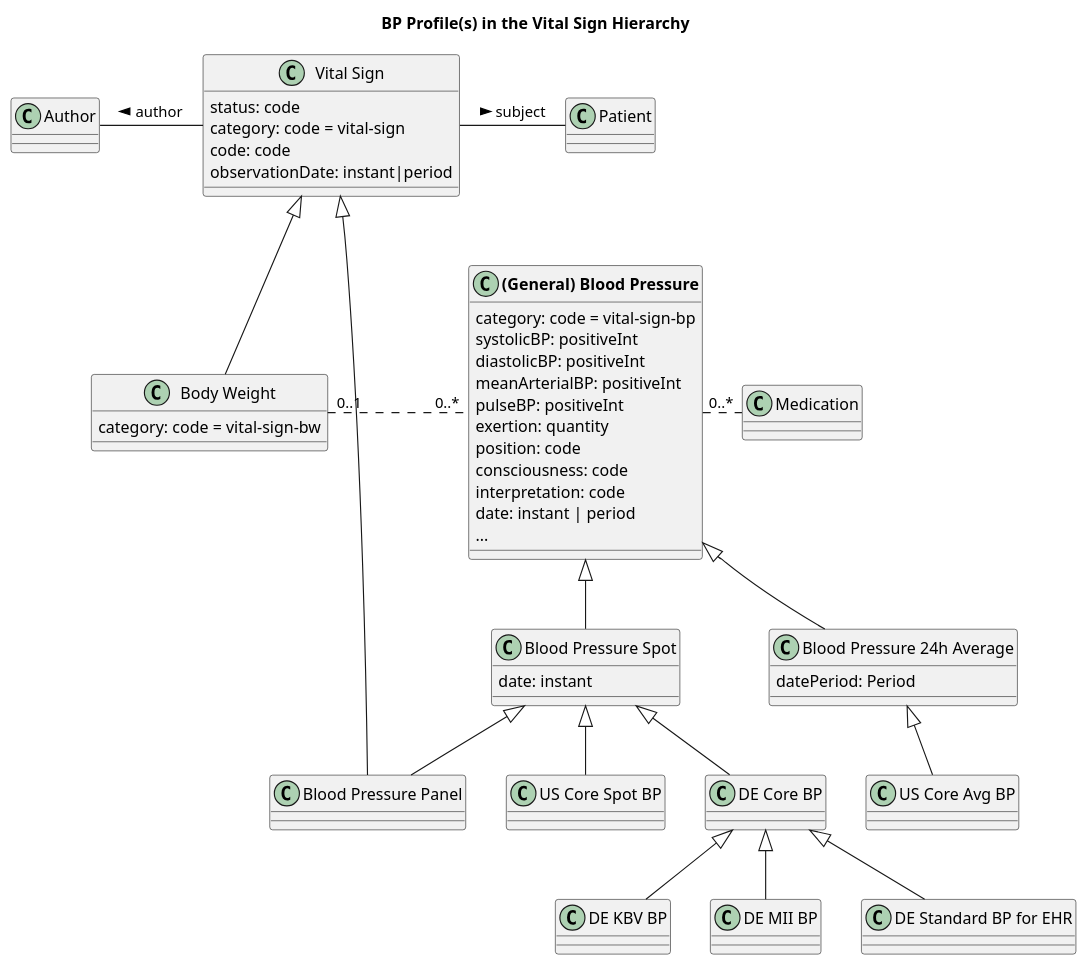
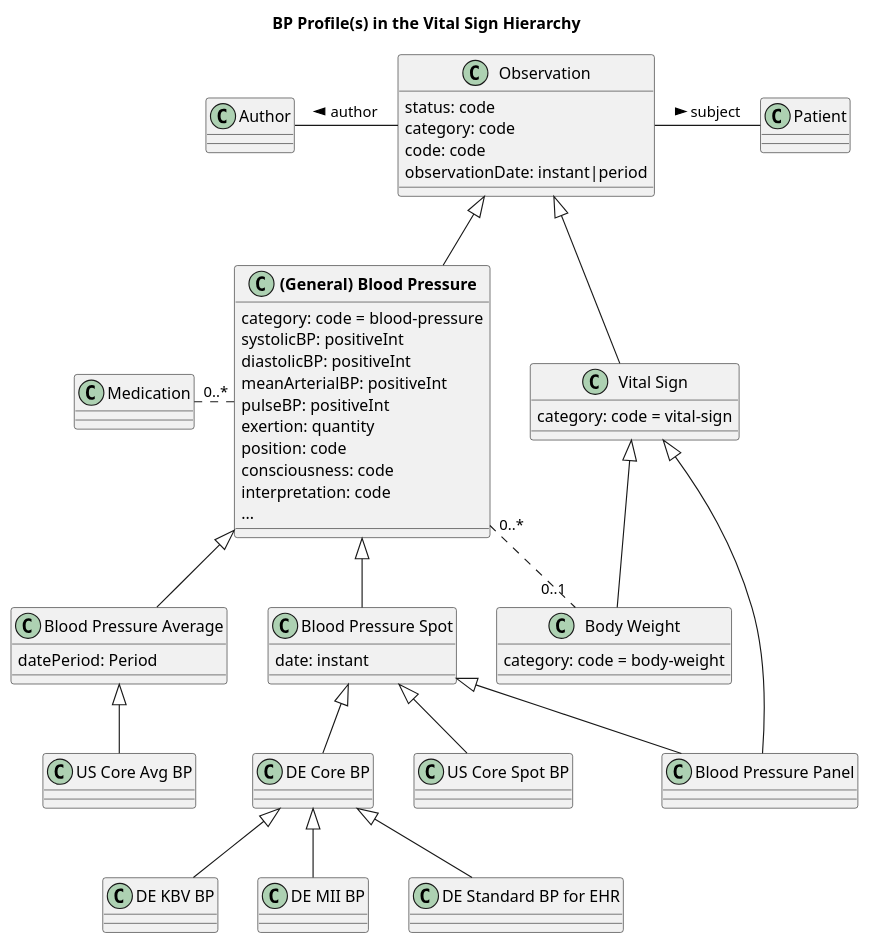
Before and after one commit to frankoemig/vital-signs-demo: the diagram in input/images-source/bloodpressure_hierarchy.plantuml, drawn with PlantUML. The commit also changed 2 other files, not shown here.

Commit message:
0.5.0 clarifying use of category
clarify the evaluation of using categories
adjustments to bp profile hierarchy

```diff
--- a/input/images-source/bloodpressure_hierarchy.plantuml
+++ b/input/images-source/bloodpressure_hierarchy.plantuml
@@ -1,77 +1,84 @@
 @startuml
 
 title BP Profile(s) in the Vital Sign Hierarchy
 
-class "Vital Sign" as vs {
+class "Observation" as obs {
     status: code
-    category: code = vital-sign
+    category: code
     code: code
     observationDate: instant|period
 }
 
+class "Vital Sign" as vs {
+    category: code = vital-sign
+}
+
 class "**(General) Blood Pressure**" as bp {
-    category: code = vital-sign-bp
+    category: code = blood-pressure
     systolicBP: positiveInt
     diastolicBP: positiveInt
     meanArterialBP: positiveInt
     pulseBP: positiveInt
     exertion: quantity
     position: code
     consciousness: code
     interpretation: code
-    date: instant | period
     ...
 }
 
+obs <|-- vs
+obs <|-- bp 
+
+
 class "Body Weight" as bw {
-    category: code = vital-sign-bw
+    category: code = body-weight
 }
 
 class "Medication" as medic 
 
 class "Blood Pressure Spot" as bps {
     date: instant
 }
 
 class "Blood Pressure Panel" as bpp {
 
 }
 
-class "Blood Pressure 24h Average" as bpa {
+class "Blood Pressure Average" as bpa {
     datePeriod: Period
 }
 
 class "Patient" as pat
 class "Author" as aut
 
 class "US Core Spot BP" as usbp1 
 class "DE Core BP" as debp
 vs <|-- bpp
 vs <|-- bw
 
 class "US Core Avg BP" as usbp2 
 
-vs -right- pat : subject >
-vs -left- aut : author >
+obs -right- pat : subject >
+obs -left- aut : author >
 
 bp <|-- bps
 bp <|-- bpa
 
 bpa <|-- usbp2
 
 bps <|-- usbp1
 bps <|-- debp
 bps <|-- bpp
 
-bp "0..*" ..left. "0..1" bw
-bp .right.. "0..*" medic
+bp "0..*" ..right. "0..1" bw
+bp .left.. "0..*" medic
 
 class "DE KBV BP" as dekbvbp
 class "DE MII BP" as demiibp
 class "DE Standard BP for EHR" as deehrbp
 
 debp <|-- dekbvbp
 debp <|-- demiibp
 debp <|-- deehrbp
 
 @enduml
```
